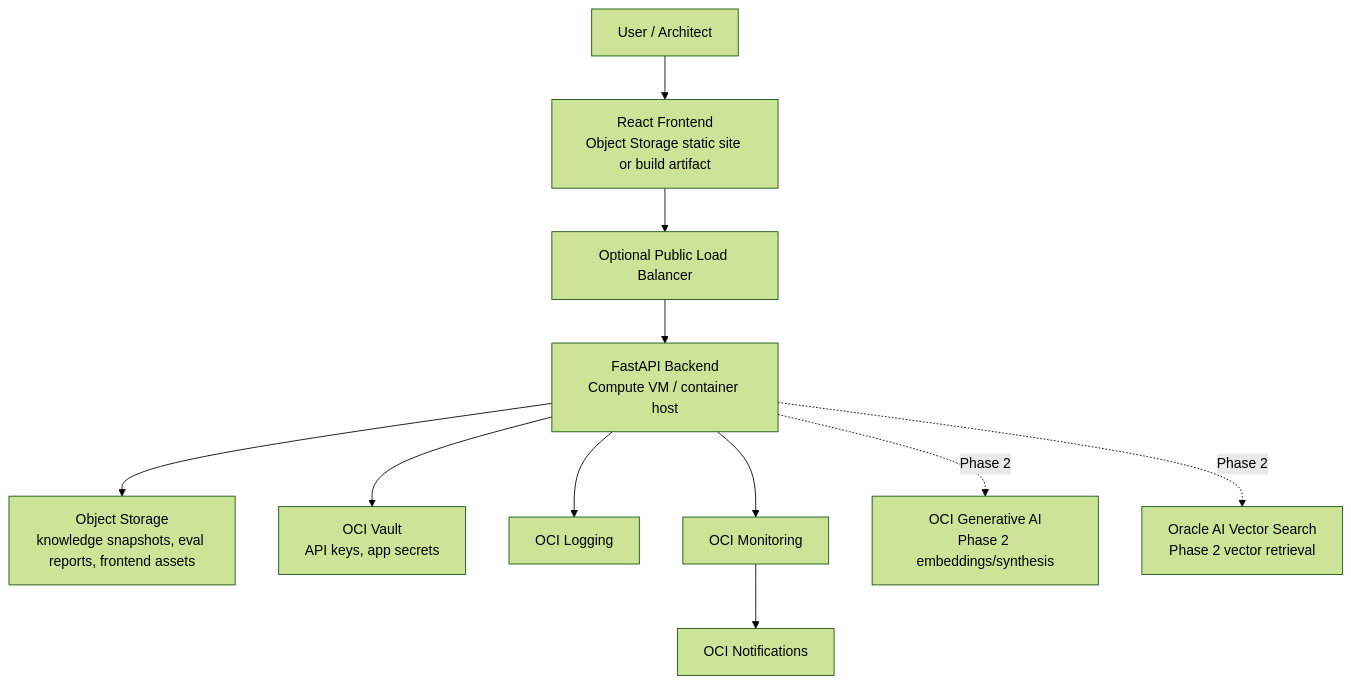
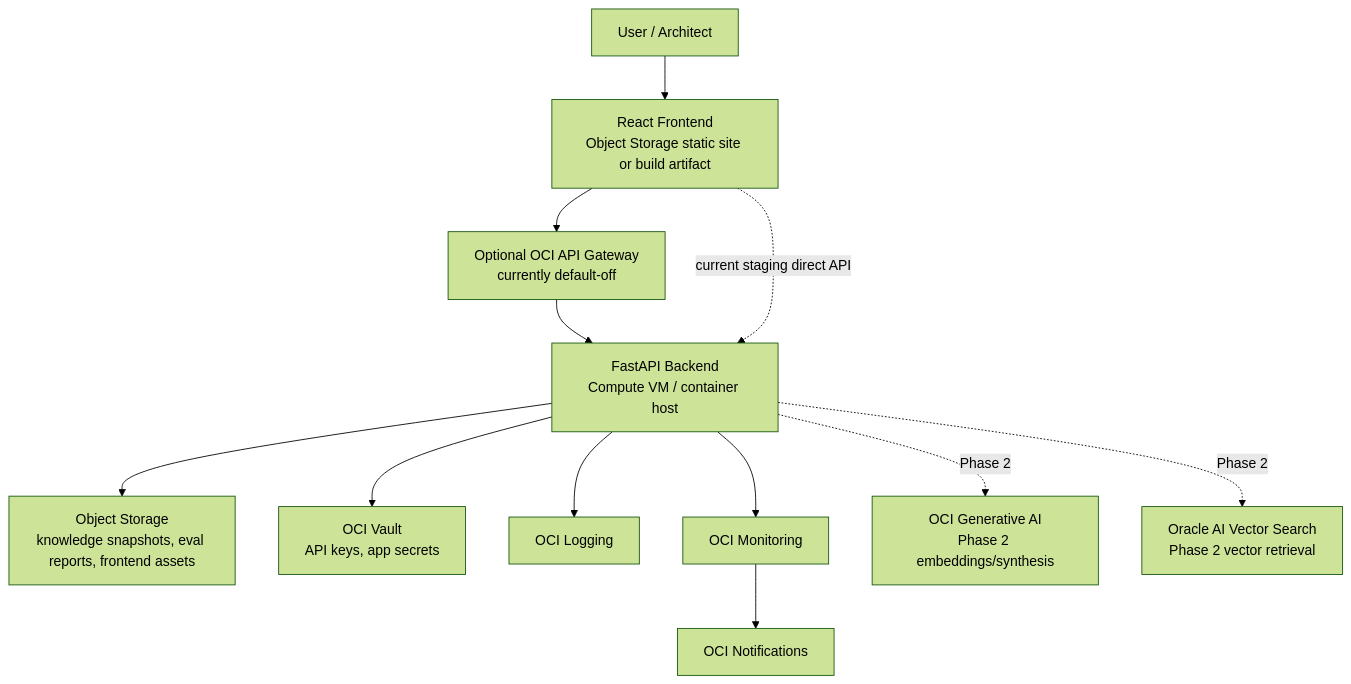
Before and after one commit to BfShaik/OCI-Architecture-Studio: the diagram in docs/oci-deployment-architecture.md, drawn with Mermaid (forest theme). The commit also changed other lines of this file and 14 other files, not shown here.

````diff
--- a/docs/oci-deployment-architecture.md
+++ b/docs/oci-deployment-architecture.md
@@ -19,25 +19,26 @@
 ```mermaid
 flowchart TD
   User["User / Architect"]
   Frontend["React Frontend\nObject Storage static site or build artifact"]
-  LB["Optional Public Load Balancer"]
+  API["Optional OCI API Gateway\ncurrently default-off"]
   Backend["FastAPI Backend\nCompute VM / container host"]
   Obj["Object Storage\nknowledge snapshots, eval reports, frontend assets"]
   Vault["OCI Vault\nAPI keys, app secrets"]
   Logs["OCI Logging"]
   Mon["OCI Monitoring"]
   Notif["OCI Notifications"]
   GenAI["OCI Generative AI\nPhase 2 embeddings/synthesis"]
   Vector["Oracle AI Vector Search\nPhase 2 vector retrieval"]
 
   User --> Frontend
-  Frontend --> LB
-  LB --> Backend
+  Frontend --> API
+  API --> Backend
+  Frontend -. current staging direct API .-> Backend
   Backend --> Obj
   Backend --> Vault
   Backend --> Logs
   Backend --> Mon
   Mon --> Notif
   Backend -. Phase 2 .-> GenAI
   Backend -. Phase 2 .-> Vector
 ```
````
